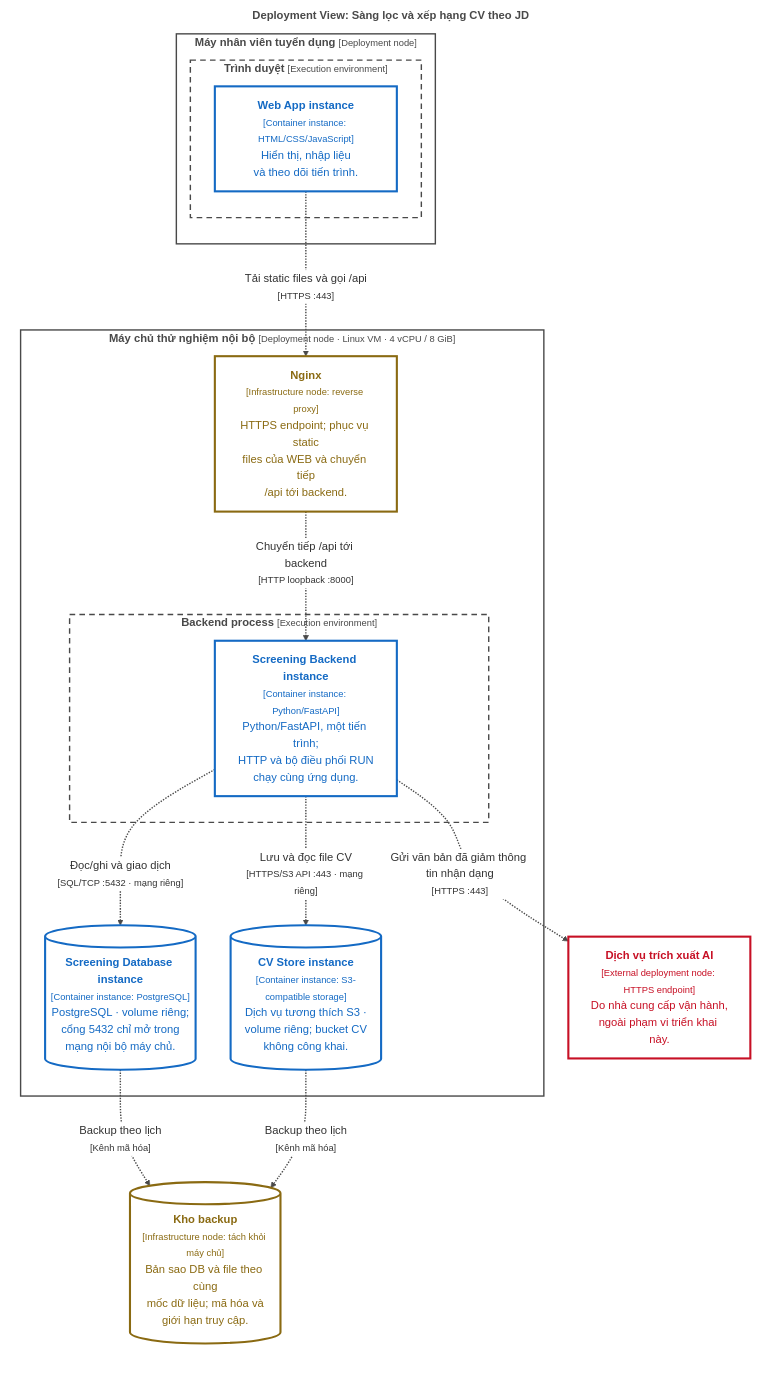
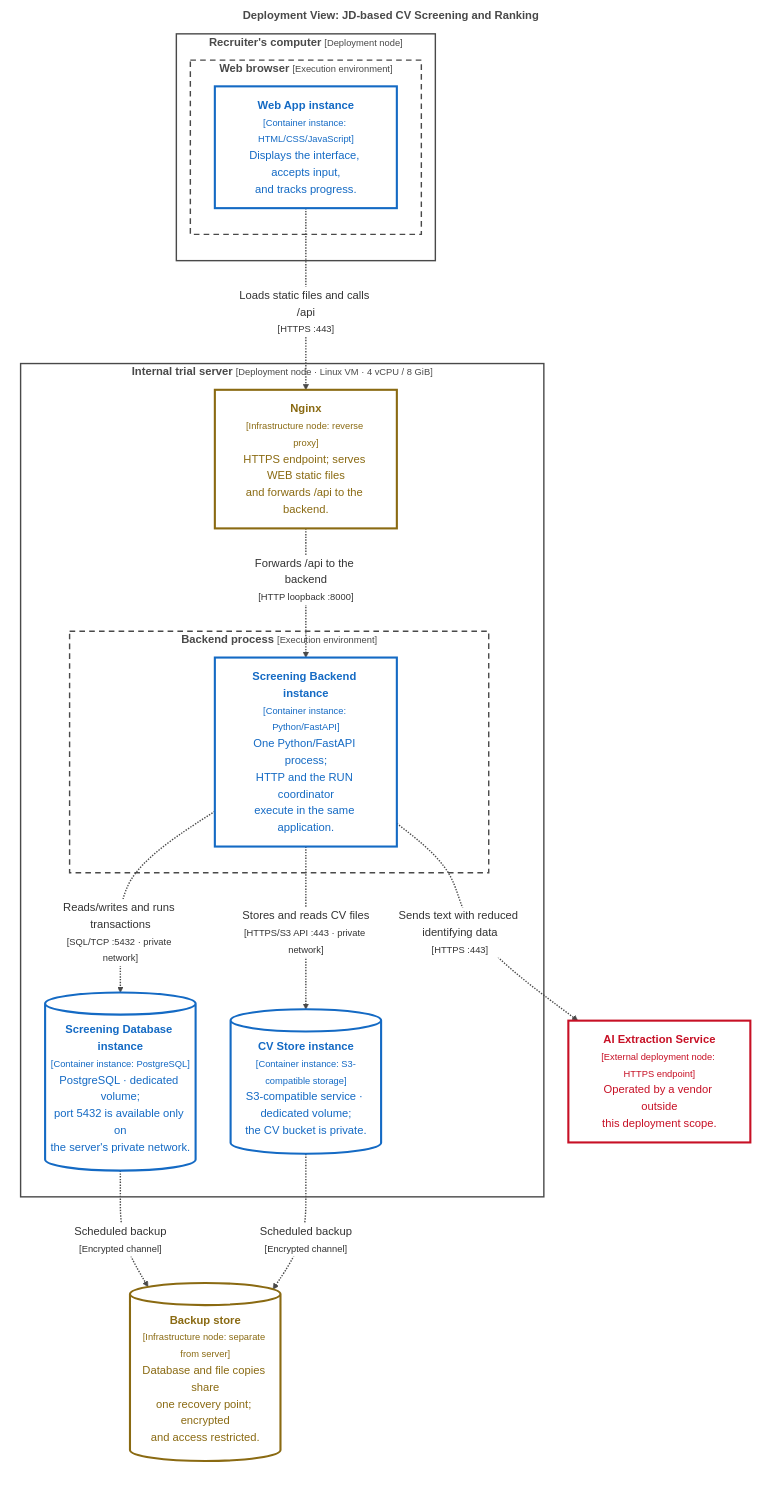
One commit to linkoc119/recruitment-assistant changed the diagram in docs/architecture/deployment.md. Above: the diagram before and after it, drawn with Mermaid. The commit also changed other lines of this file and 22 other files, not shown here.

````diff
--- a/docs/architecture/deployment.md
+++ b/docs/architecture/deployment.md
@@ -9,51 +9,51 @@
 ```mermaid
 ---
 config:
   theme: base
   themeVariables:
     background: "#ffffff"
     lineColor: "#494949"
     textColor: "#494949"
     edgeLabelBackground: "#ffffff"
     clusterBkg: "#ffffff"
     clusterBorder: "#494949"
 ---
 flowchart TB
-    subgraph CANVAS["<b>Deployment View: Sàng lọc và xếp hạng CV theo JD</b>"]
+    subgraph CANVAS["<b>Deployment View: JD-based CV Screening and Ranking</b>"]
     direction TB
-        subgraph CLIENT["<b>Máy nhân viên tuyển dụng</b> <small>[Deployment node]</small>"]
-            subgraph BROWSER["<b>Trình duyệt</b> <small>[Execution environment]</small>"]
-                WEB["<b>Web App instance</b><br/><small>[Container instance: HTML/CSS/JavaScript]</small><br/>Hiển thị, nhập liệu<br/>và theo dõi tiến trình."]
+        subgraph CLIENT["<b>Recruiter's computer</b> <small>[Deployment node]</small>"]
+            subgraph BROWSER["<b>Web browser</b> <small>[Execution environment]</small>"]
+                WEB["<b>Web App instance</b><br/><small>[Container instance: HTML/CSS/JavaScript]</small><br/>Displays the interface, accepts input,<br/>and tracks progress."]
             end
         end
-        subgraph HOST["<b>Máy chủ thử nghiệm nội bộ</b> <small>[Deployment node · Linux VM · 4 vCPU / 8 GiB]</small>"]
-            EDGE["<b>Nginx</b><br/><small>[Infrastructure node: reverse proxy]</small><br/>HTTPS endpoint; phục vụ static<br/>files của WEB và chuyển tiếp<br/>/api tới backend."]
+        subgraph HOST["<b>Internal trial server</b> <small>[Deployment node · Linux VM · 4 vCPU / 8 GiB]</small>"]
+            EDGE["<b>Nginx</b><br/><small>[Infrastructure node: reverse proxy]</small><br/>HTTPS endpoint; serves WEB static files<br/>and forwards /api to the backend."]
             subgraph APP["<b>Backend process</b> <small>[Execution environment]</small>"]
-                API["<b>Screening Backend instance</b><br/><small>[Container instance: Python/FastAPI]</small><br/>Python/FastAPI, một tiến trình;<br/>HTTP và bộ điều phối RUN<br/>chạy cùng ứng dụng."]
+                API["<b>Screening Backend instance</b><br/><small>[Container instance: Python/FastAPI]</small><br/>One Python/FastAPI process;<br/>HTTP and the RUN coordinator<br/>execute in the same application."]
             end
-            DB[("<b>Screening Database instance</b><br/><small>[Container instance: PostgreSQL]</small><br/>PostgreSQL · volume riêng;<br/>cổng 5432 chỉ mở trong<br/>mạng nội bộ máy chủ.")]
-            FILES[("<b>CV Store instance</b><br/><small>[Container instance: S3-compatible storage]</small><br/>Dịch vụ tương thích S3 ·<br/>volume riêng; bucket CV<br/>không công khai.")]
-            EDGE -.->|"Chuyển tiếp /api tới backend<br/><small>[HTTP loopback :8000]</small>"| API
-            API -.->|"Đọc/ghi và giao dịch<br/><small>[SQL/TCP :5432 · mạng riêng]</small>"| DB
-            API -.->|"Lưu và đọc file CV<br/><small>[HTTPS/S3 API :443 · mạng riêng]</small>"| FILES
+            DB[("<b>Screening Database instance</b><br/><small>[Container instance: PostgreSQL]</small><br/>PostgreSQL · dedicated volume;<br/>port 5432 is available only on<br/>the server's private network.")]
+            FILES[("<b>CV Store instance</b><br/><small>[Container instance: S3-compatible storage]</small><br/>S3-compatible service · dedicated volume;<br/>the CV bucket is private.")]
+            EDGE -.->|"Forwards /api to the backend<br/><small>[HTTP loopback :8000]</small>"| API
+            API -.->|"Reads/writes and runs transactions<br/><small>[SQL/TCP :5432 · private network]</small>"| DB
+            API -.->|"Stores and reads CV files<br/><small>[HTTPS/S3 API :443 · private network]</small>"| FILES
         end
-        AI["<b>Dịch vụ trích xuất AI</b><br/><small>[External deployment node: HTTPS endpoint]</small><br/>Do nhà cung cấp vận hành,<br/>ngoài phạm vi triển khai này."]
-        BACKUP[("<b>Kho backup</b><br/><small>[Infrastructure node: tách khỏi máy chủ]</small><br/>Bản sao DB và file theo cùng<br/>mốc dữ liệu; mã hóa và<br/>giới hạn truy cập.")]
-        WEB -.->|"Tải static files và gọi /api<br/><small>[HTTPS :443]</small>"| EDGE
-        API -.->|"Gửi văn bản đã giảm thông tin nhận dạng<br/><small>[HTTPS :443]</small>"| AI
-        DB -.->|"Backup theo lịch<br/><small>[Kênh mã hóa]</small>"| BACKUP
-        FILES -.->|"Backup theo lịch<br/><small>[Kênh mã hóa]</small>"| BACKUP
+        AI["<b>AI Extraction Service</b><br/><small>[External deployment node: HTTPS endpoint]</small><br/>Operated by a vendor outside<br/>this deployment scope."]
+        BACKUP[("<b>Backup store</b><br/><small>[Infrastructure node: separate from server]</small><br/>Database and file copies share<br/>one recovery point; encrypted<br/>and access restricted.")]
+        WEB -.->|"Loads static files and calls /api<br/><small>[HTTPS :443]</small>"| EDGE
+        API -.->|"Sends text with reduced identifying data<br/><small>[HTTPS :443]</small>"| AI
+        DB -.->|"Scheduled backup<br/><small>[Encrypted channel]</small>"| BACKUP
+        FILES -.->|"Scheduled backup<br/><small>[Encrypted channel]</small>"| BACKUP
     end
     classDef internal fill:#ffffff,color:#146ac4,stroke:#146ac4,stroke-width:3px
     classDef infra fill:#ffffff,color:#8a6a12,stroke:#8a6a12,stroke-width:3px
     classDef external fill:#ffffff,color:#c71025,stroke:#c71025,stroke-width:3px
     class WEB,API,DB,FILES internal
     class EDGE,BACKUP infra
     class AI external
     style CLIENT fill:#ffffff,color:#494949,stroke:#494949,stroke-width:2px
     style HOST fill:#ffffff,color:#494949,stroke:#494949,stroke-width:2px
     style BROWSER fill:#ffffff,color:#494949,stroke:#494949,stroke-width:2px,stroke-dasharray:8 6
     style APP fill:#ffffff,color:#494949,stroke:#494949,stroke-width:2px,stroke-dasharray:8 6
     linkStyle default stroke:#494949,stroke-width:2px
     style CANVAS fill:#ffffff,color:#494949,stroke:#ffffff,stroke-width:16px
 ```
````
